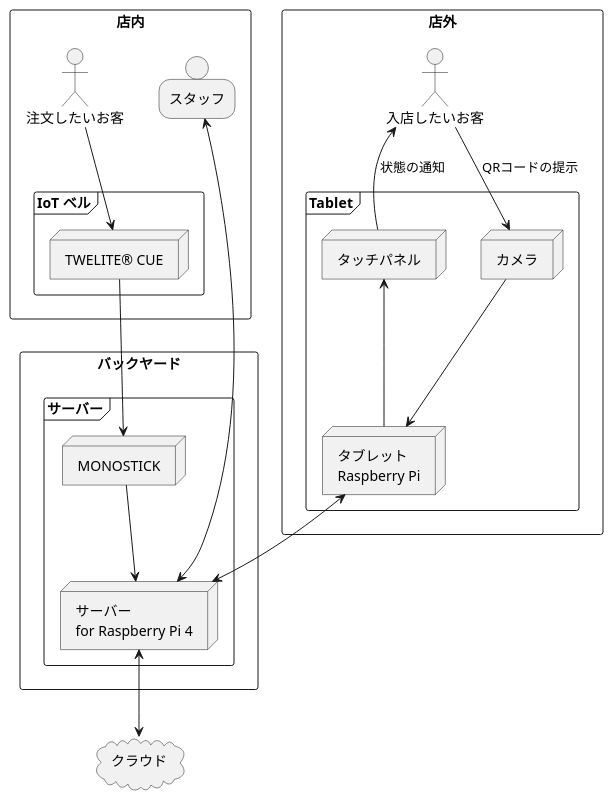
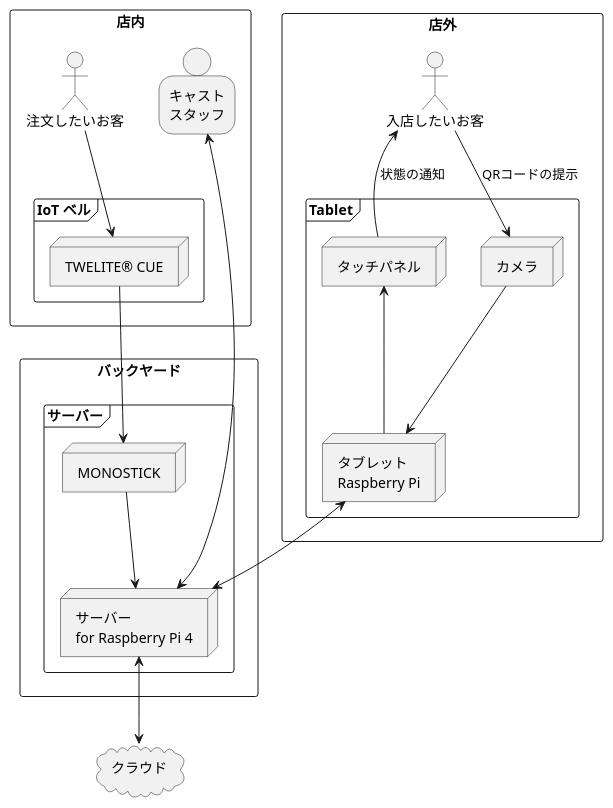
One commit to MaSiRoProjectOSS/IoT_BELL changed the diagram in README.md. Above: the diagram before and after it, drawn with PlantUML. The commit also changed other lines of this file and 3 other files, not shown here.

````diff
--- a/README.md
+++ b/README.md
@@ -12,54 +11,54 @@
 ```plantuml
 @startuml
 
 rectangle outside_the_store as "店外" {
     actor actor_enter as "入店したいお客"
     frame tablet_side as "Tablet" {
         node Panel as "タッチパネル"
         node Raspberry as "Raspberry Pi 4"
         node Camera as "カメラ"
     }
     frame tablet_side as "Tablet" {
         node Panel as "タッチパネル"
         node Raspberry as "タブレット\nRaspberry Pi"
         node Camera as "カメラ"
     }
 
 }
 rectangle inside_the_store as "店内" {
-    person cast as "スタッフ"
+    person cast as "キャスト\nスタッフ"
 
     actor actor_order as "注文したいお客"
     frame bell_side as "IoT ベル" {
         node TWELITE_CUE as "TWELITE® CUE"
     }
 
 }
 rectangle backyard as "バックヤード" {
     frame manager as "サーバー" {
         node TWELITE_MONOSTICK as "MONOSTICK"
         node server as "サーバー\nfor Raspberry Pi 4"
     }
 }
 
 cloud cloud as "クラウド"
 
 
 actor_order --> TWELITE_CUE
 TWELITE_CUE --> TWELITE_MONOSTICK
 
 actor_enter <-- Panel : 状態の通知
 actor_enter --> Camera : QRコードの提示
 Panel <-- Raspberry
 TWELITE_MONOSTICK --> server
 Camera --> Raspberry
 
 cast <--> server
 
 
 Raspberry <--> server
 server <--> cloud
 
 @enduml
 
 ```
````
